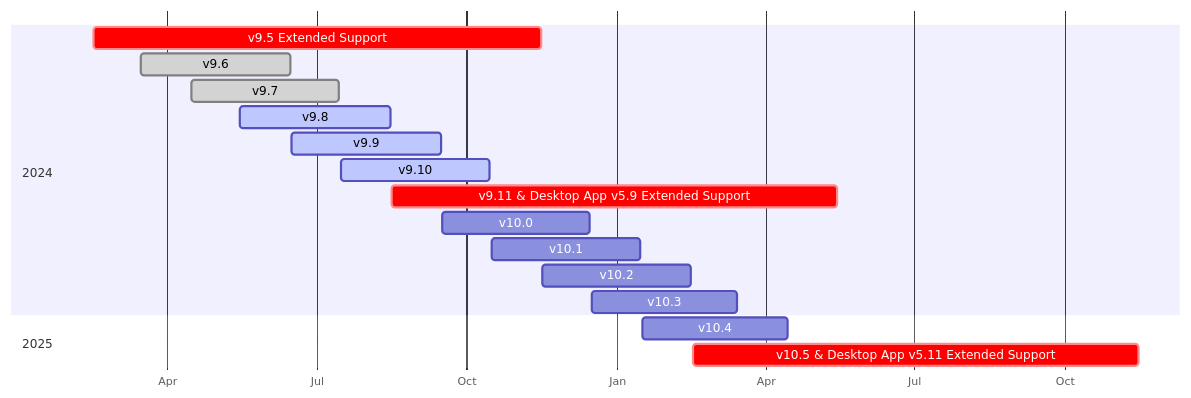
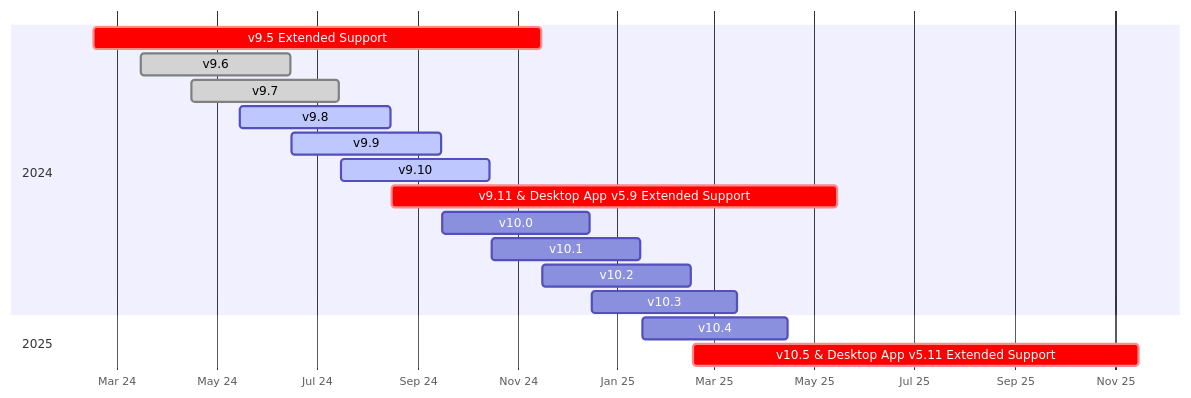
The diagram in source/about/release-policy.md (mattermost/docs), drawn with Mermaid before and after one commit.

Commit message:
Clarified x-asis labels & adjusted frequency to every other month

````diff
--- a/source/about/release-policy.md
+++ b/source/about/release-policy.md
@@ -48,23 +48,24 @@
 ```{mermaid}
 
 gantt
     dateFormat  YYYY-MM-DD
-    axisFormat  %b
+    axisFormat  %b %y
+    tickInterval 2month
     
     section 2024
     v9.5 Extended Support  :crit,    2024-02-16, 2024-11-15
     v9.6                   :done,  2024-03-16, 2024-06-15
     v9.7                   :done,  2024-04-16, 2024-07-15
     v9.8                   :active,  2024-05-15, 2024-08-15
     v9.9                   :active,  2024-06-16, 2024-09-15
     v9.10                  :active,  2024-07-16, 2024-10-15
     v9.11 & Desktop App v5.9 Extended Support :crit,    2024-08-16, 2025-05-15
     v10.0                  :upcoming,    2024-09-16, 2024-12-15
     v10.1                  :upcoming,    2024-10-16, 2025-01-15
     v10.2                  :upcoming,    2024-11-16, 2025-02-15
     v10.3                  :upcoming,    2024-12-16, 2025-03-15
 
     section 2025
     v10.4                  :upcoming,    2025-01-16, 2025-04-15
     v10.5 & Desktop App v5.11 Extended Support :crit,    2025-02-16, 2025-11-15
 ```
````
